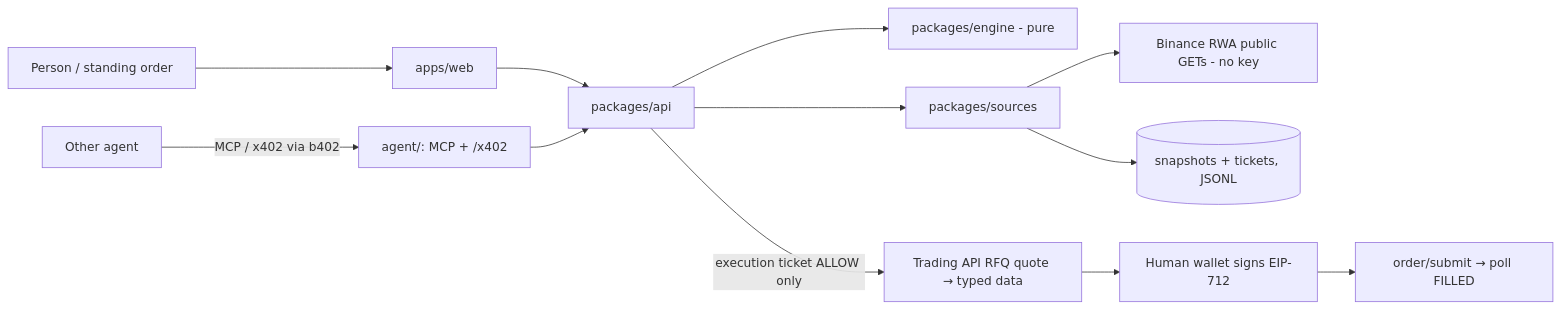
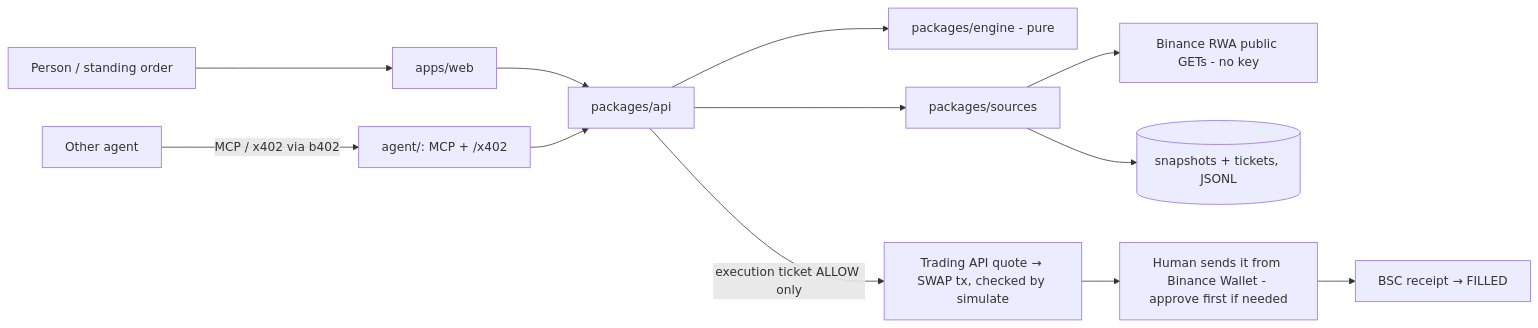
Before and after one commit to Ritapossible/Stamp: the diagram in docs/ARCHITECTURE.md, drawn with Mermaid. The commit also changed other lines of this file and 4 other files, not shown here.

First line of the commit message:
Bring ARCHITECTURE.md up to date, add an MIT license, mark what's pending

````diff
--- a/docs/ARCHITECTURE.md
+++ b/docs/ARCHITECTURE.md
@@ -39,14 +54,14 @@
 ```mermaid
 flowchart LR
   human[Person / standing order] --> web[apps/web]
   agent2[Other agent] -->|MCP / x402 via b402| face[agent/: MCP + /x402]
   web --> api[packages/api]
   face --> api
   api --> engine[packages/engine - pure]
   api --> sources[packages/sources]
   sources --> rwa[Binance RWA public GETs - no key]
   sources --> snap[(snapshots + tickets, JSONL)]
-  api -->|execution ticket ALLOW only| trade[Trading API RFQ quote → typed data]
-  trade --> signer[Human wallet signs EIP-712]
-  signer --> submit[order/submit → poll FILLED]
+  api -->|execution ticket ALLOW only| trade[Trading API quote → SWAP tx, checked by simulate]
+  trade --> signer[Human sends it from Binance Wallet - approve first if needed]
+  signer --> bsc[BSC receipt → FILLED]
 ```
````
